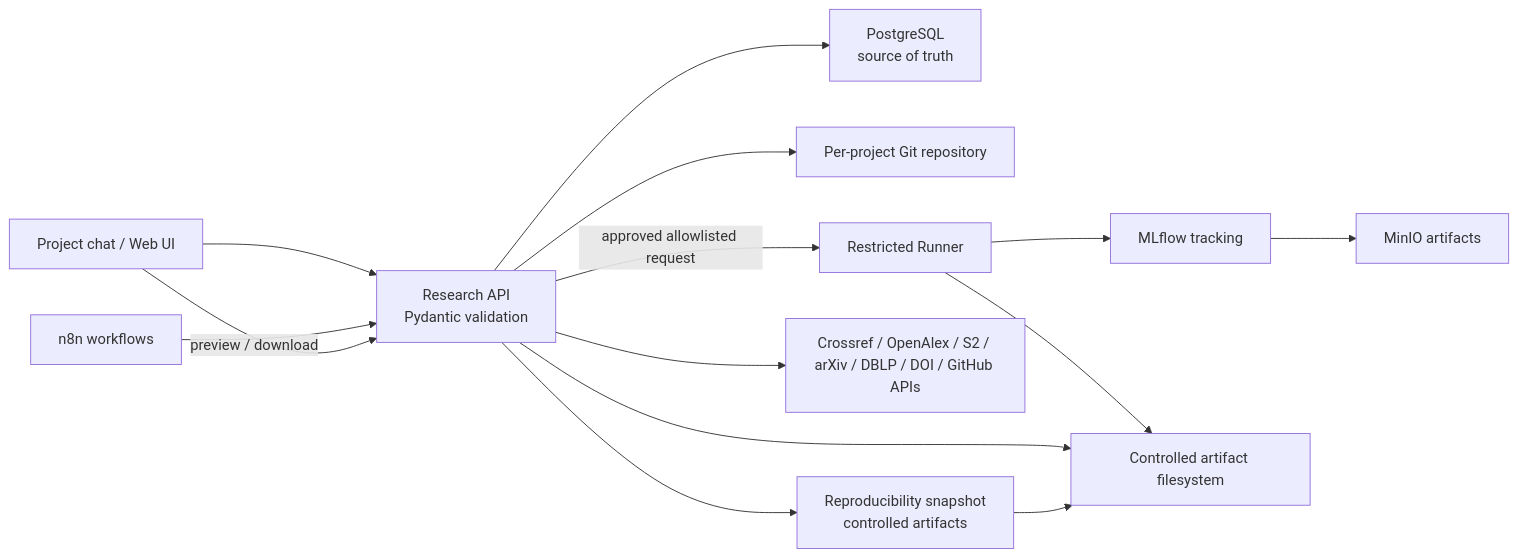
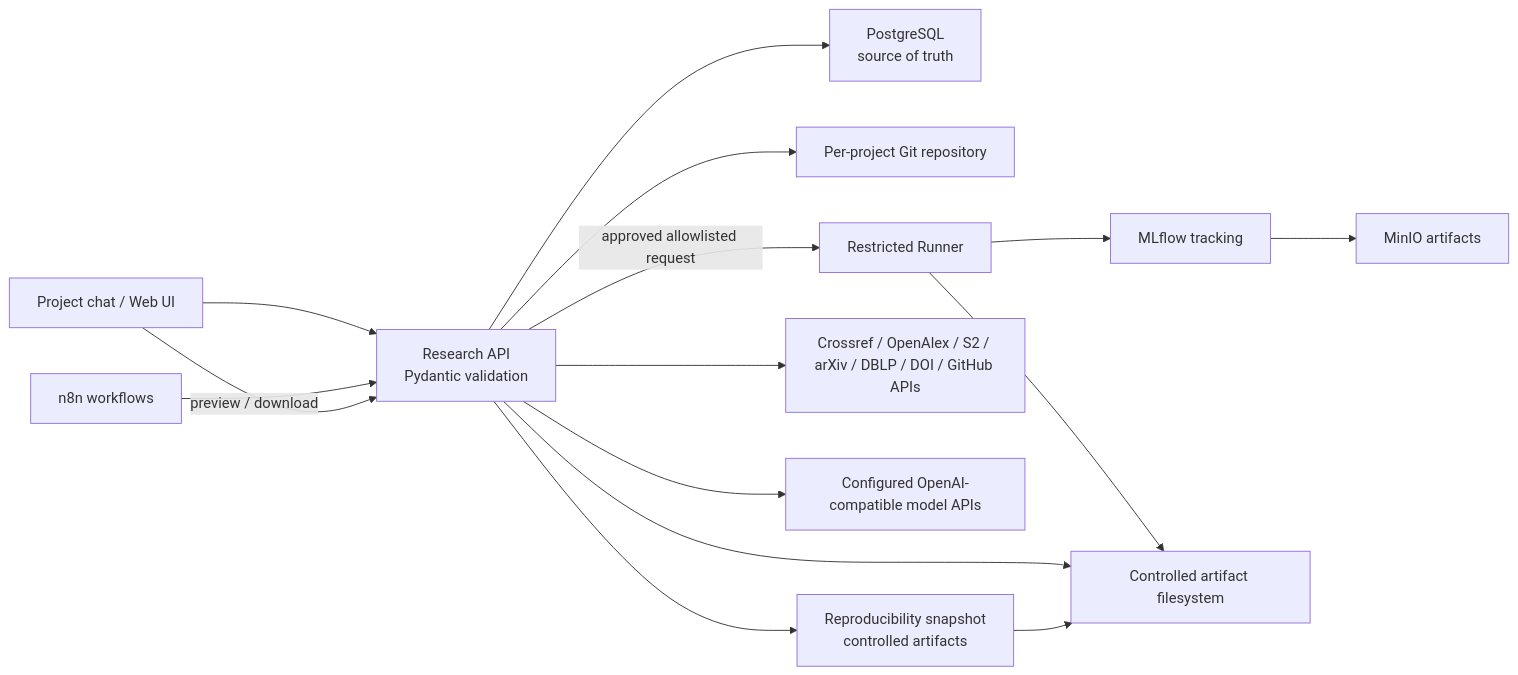
The diagram in docs/architecture.md (Karbo123/ResearchOS), drawn with Mermaid before and after one commit. The commit also changed other lines of this file and 30 other files, not shown here.

````diff
--- a/docs/architecture.md
+++ b/docs/architecture.md
@@ -3,16 +3,17 @@
 ```mermaid
 flowchart LR
   U["Project chat / Web UI"] --> API["Research API\nPydantic validation"]
   N["n8n workflows"] --> API
   API --> PG["PostgreSQL\nsource of truth"]
   API --> GIT["Per-project Git repository"]
   API --> SNAP["Reproducibility snapshot\ncontrolled artifacts"]
   API --> EXT["Crossref / OpenAlex / S2 / arXiv / DBLP / DOI / GitHub APIs"]
+  API --> MODEL["Configured OpenAI-compatible model APIs"]
   API -->|"approved allowlisted request"| RUN["Restricted Runner"]
   RUN --> MLF["MLflow tracking"]
   MLF --> MINIO["MinIO artifacts"]
   RUN --> FS["Controlled artifact filesystem"]
   API --> FS
   SNAP --> FS
   U -->|"preview / download"| API
 ```
````
